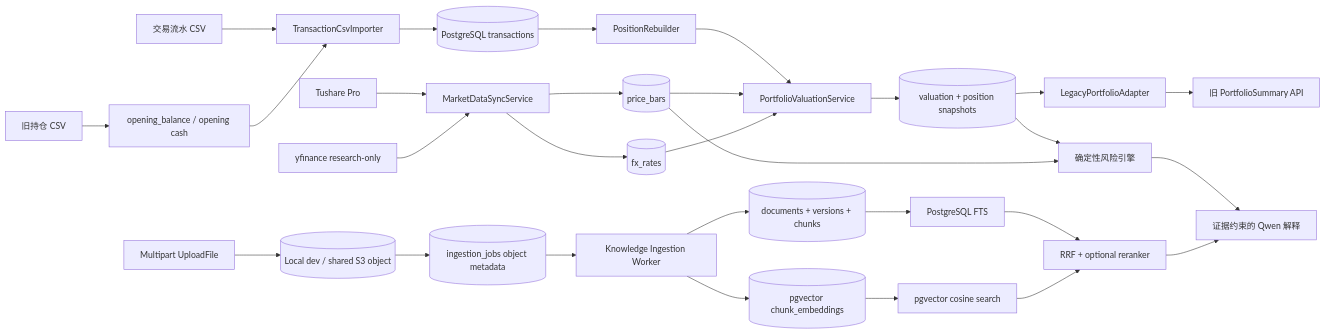
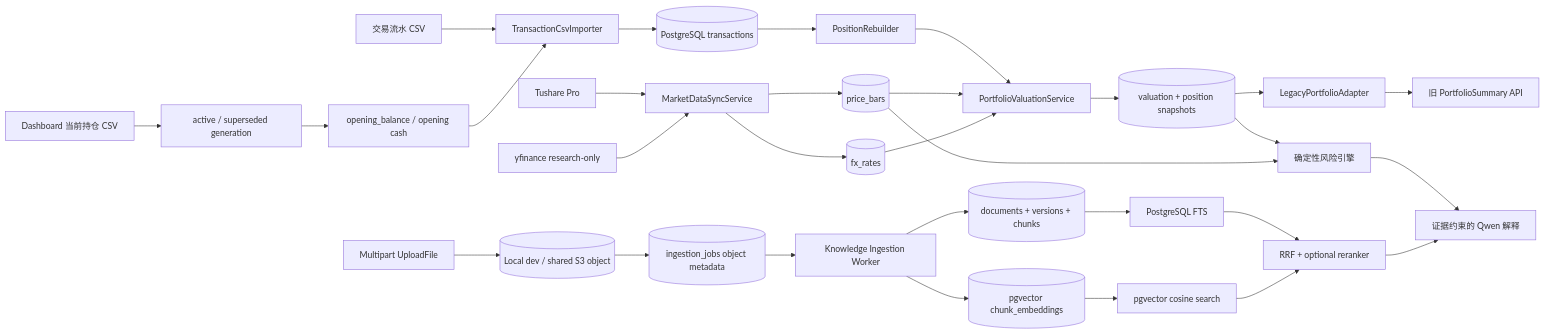
One commit to xjy0526/PortfolioPilot changed the diagram in docs/architecture.md. Above: the diagram before and after it, drawn with Mermaid. The commit also changed other lines of this file and 18 other files, not shown here.

Commit message:
fix: make legacy dashboard snapshots replaceable

````diff
--- a/docs/architecture.md
+++ b/docs/architecture.md
@@ -51,35 +51,36 @@
 ```mermaid
 flowchart LR
     CSV[交易流水 CSV] --> IMPORT[TransactionCsvImporter]
-    LEGACY[旧持仓 CSV] --> OPENING[opening_balance / opening cash]
+    LEGACY[Dashboard 当前持仓 CSV] --> GEN[active / superseded generation]
+    GEN --> OPENING[opening_balance / opening cash]
     OPENING --> IMPORT
     IMPORT --> TX[(PostgreSQL transactions)]
 
     TS[Tushare Pro] --> SYNC[MarketDataSyncService]
     YF[yfinance research-only] --> SYNC
     SYNC --> PB[(price_bars)]
     SYNC --> FX[(fx_rates)]
 
     TX --> REBUILD[PositionRebuilder]
     REBUILD --> VAL[PortfolioValuationService]
     PB --> VAL
     FX --> VAL
     VAL --> VS[(valuation + position snapshots)]
 
     VS --> LEGACY_ADAPTER[LegacyPortfolioAdapter]
     LEGACY_ADAPTER --> UI[旧 PortfolioSummary API]
     VS --> RISK[确定性风险引擎]
     PB --> RISK
     RISK --> LLM[证据约束的 Qwen 解释]
 
     UPLOAD[Multipart UploadFile] --> OS[(Local dev / shared S3 object)]
     OS --> IJ[(ingestion_jobs object metadata)]
     IJ --> IW[Knowledge Ingestion Worker]
     IW --> RD[(documents + versions + chunks)]
     IW --> CE[(pgvector chunk_embeddings)]
     RD --> FTS[PostgreSQL FTS]
     CE --> DENSE[pgvector cosine search]
     FTS --> RRF[RRF + optional reranker]
     DENSE --> RRF
     RRF --> LLM
 ```
````
